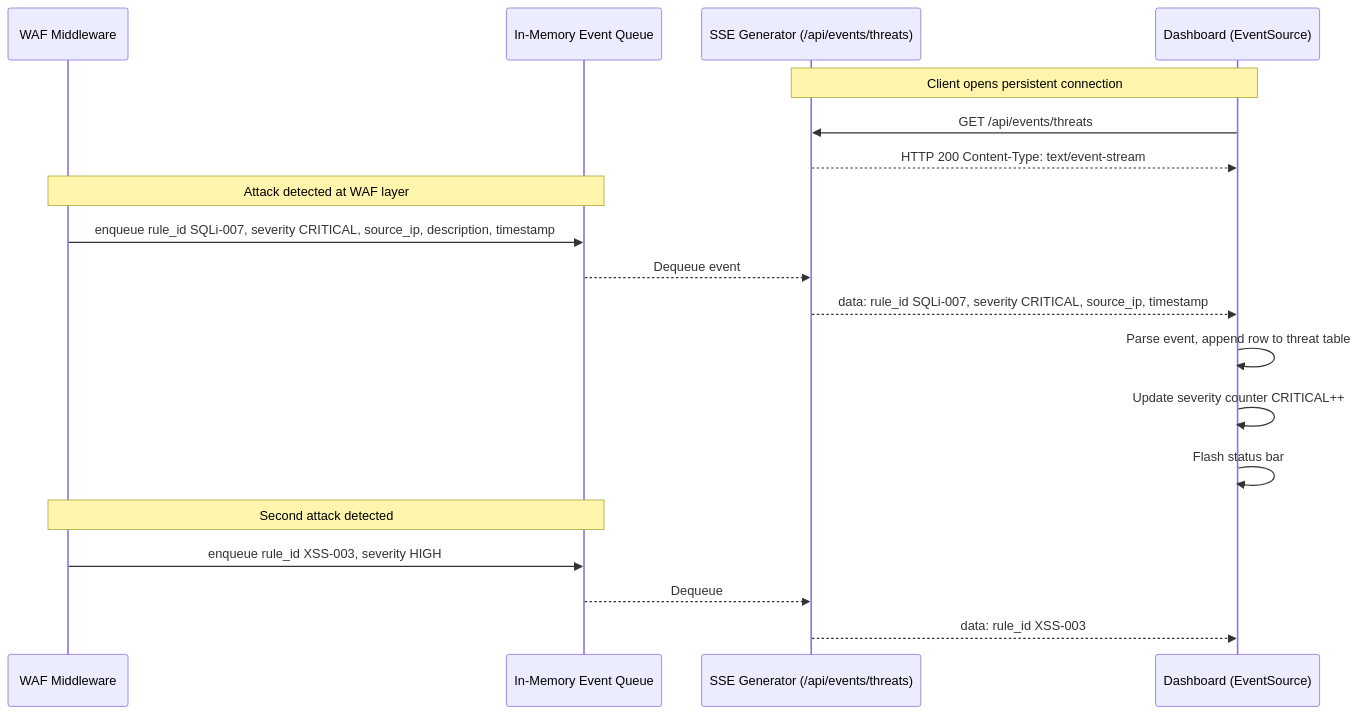
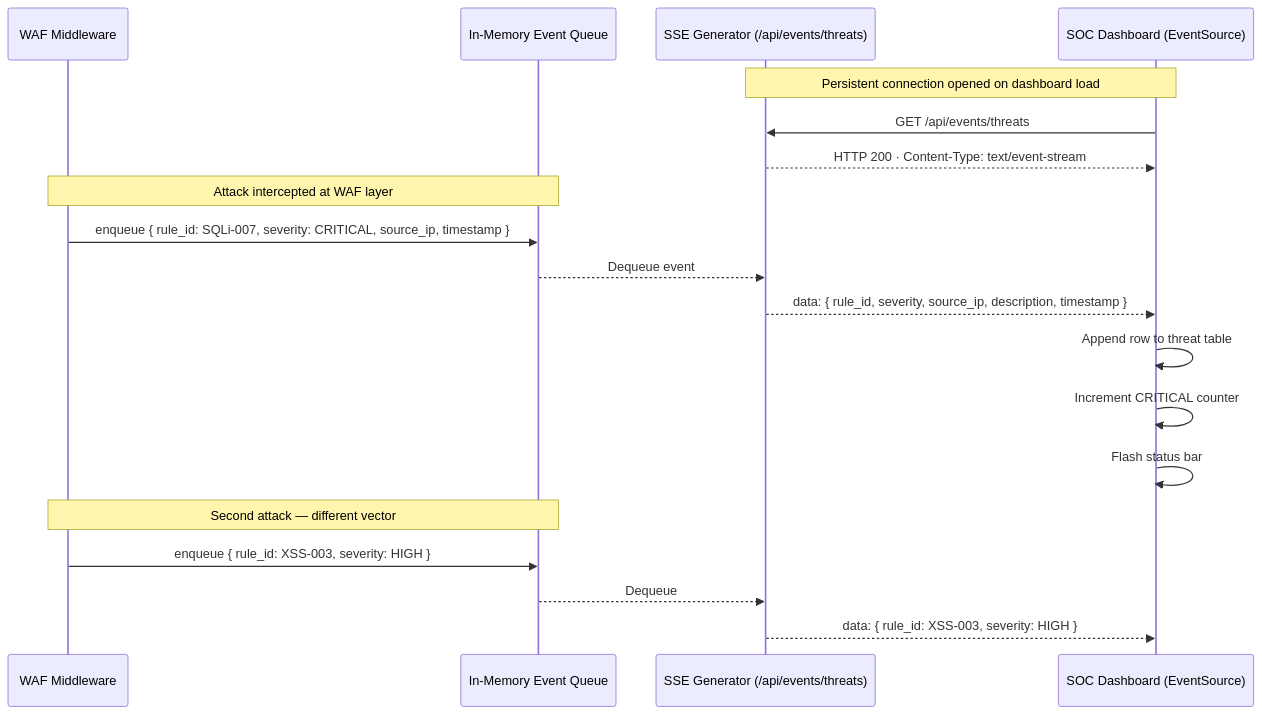
The fifth of 10 diagrams in README.md (obstinix/outloop-waf), drawn with Mermaid before and after one commit. The commit also changed other lines of this file, not shown here.

````diff
--- a/README.md
+++ b/README.md
@@ -447,29 +314,27 @@
 ```mermaid
 sequenceDiagram
     participant MW as WAF Middleware
     participant Q as In-Memory Event Queue
     participant SSE as SSE Generator (/api/events/threats)
-    participant D as Dashboard (EventSource)
+    participant D as SOC Dashboard (EventSource)
 
-    Note over D,SSE: Client opens persistent connection
+    Note over D,SSE: Persistent connection opened on dashboard load
 
     D->>SSE: GET /api/events/threats
-    SSE-->>D: HTTP 200 Content-Type: text/event-stream
+    SSE-->>D: HTTP 200 · Content-Type: text/event-stream
 
-    Note over MW,Q: Attack detected at WAF layer
+    Note over MW,Q: Attack intercepted at WAF layer
 
-    MW->>Q: enqueue rule_id SQLi-007, severity CRITICAL, source_ip, description, timestamp
-
+    MW->>Q: enqueue { rule_id: SQLi-007, severity: CRITICAL, source_ip, timestamp }
     Q-->>SSE: Dequeue event
-    SSE-->>D: data: rule_id SQLi-007, severity CRITICAL, source_ip, timestamp
-
-    D->>D: Parse event, append row to threat table
-    D->>D: Update severity counter CRITICAL++
+    SSE-->>D: data: { rule_id, severity, source_ip, description, timestamp }
+    D->>D: Append row to threat table
+    D->>D: Increment CRITICAL counter
     D->>D: Flash status bar
 
-    Note over MW,Q: Second attack detected
+    Note over MW,Q: Second attack — different vector
 
-    MW->>Q: enqueue rule_id XSS-003, severity HIGH
+    MW->>Q: enqueue { rule_id: XSS-003, severity: HIGH }
     Q-->>SSE: Dequeue
-    SSE-->>D: data: rule_id XSS-003
+    SSE-->>D: data: { rule_id: XSS-003, severity: HIGH }
 ```
````
